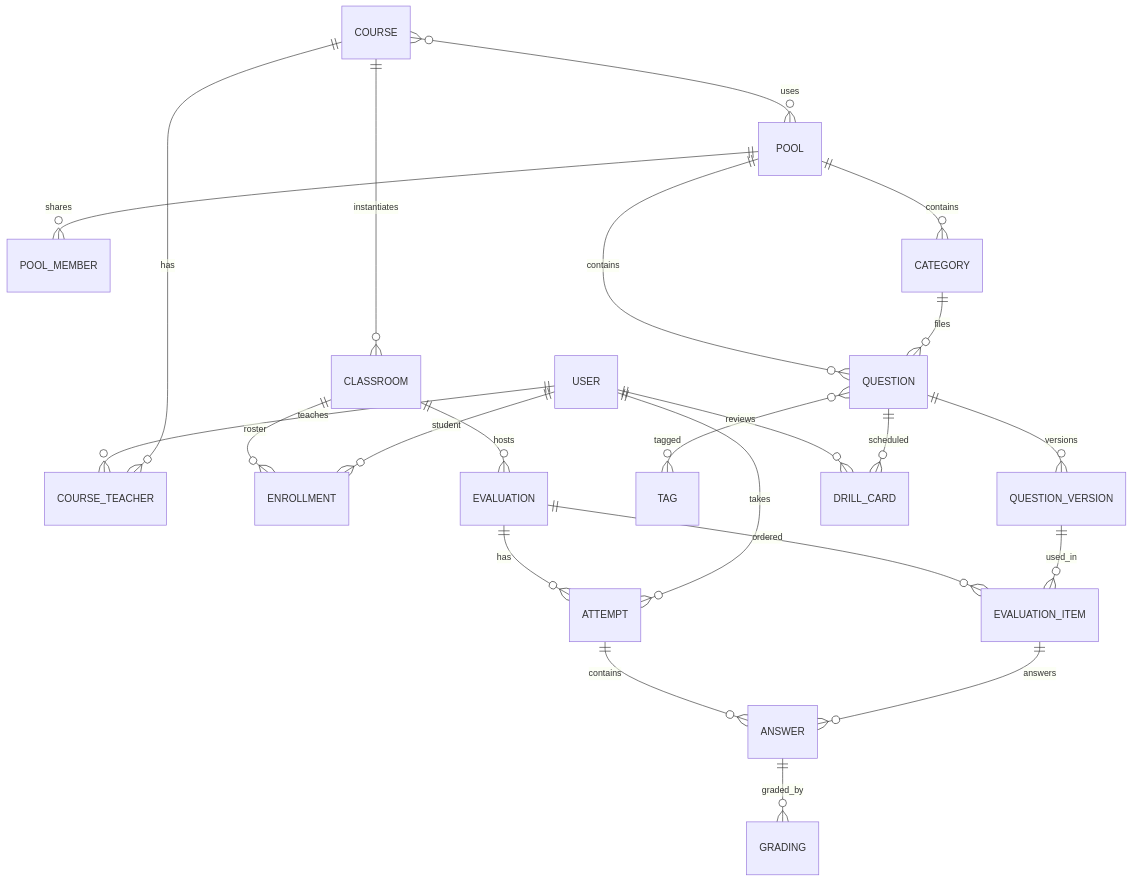
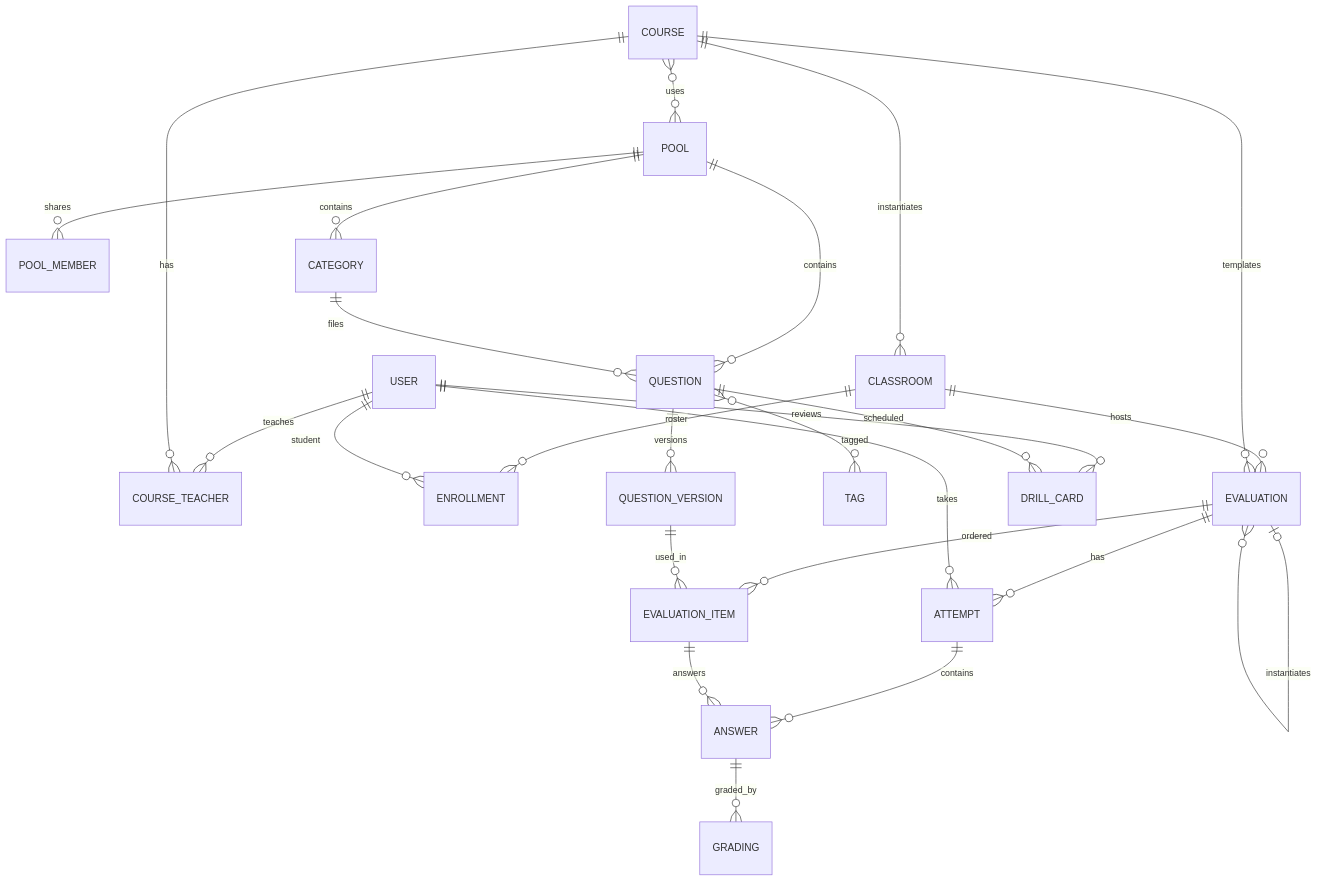
The diagram in docs/spec/01-glossaire-et-domaine.md (heig-tin-info/heig-quiz), drawn with Mermaid before and after one commit. The commit also changed other lines of this file and 4 other files, not shown here.

First line of the commit message:
docs(adr): ADR-031 evaluation templates at course level (#151) (#185)

````diff
--- a/docs/spec/01-glossaire-et-domaine.md
+++ b/docs/spec/01-glossaire-et-domaine.md
@@ -54,25 +55,27 @@
 ```mermaid
 erDiagram
     USER ||--o{ COURSE_TEACHER : teaches
     COURSE ||--o{ COURSE_TEACHER : has
     COURSE ||--o{ CLASSROOM : instantiates
     COURSE }o--o{ POOL : uses
     CLASSROOM ||--o{ ENROLLMENT : roster
     USER ||--o{ ENROLLMENT : student
     POOL ||--o{ POOL_MEMBER : shares
     POOL ||--o{ CATEGORY : contains
     POOL ||--o{ QUESTION : contains
     CATEGORY ||--o{ QUESTION : files
     QUESTION ||--o{ QUESTION_VERSION : versions
     QUESTION }o--o{ TAG : tagged
     CLASSROOM ||--o{ EVALUATION : hosts
+    COURSE ||--o{ EVALUATION : templates
+    EVALUATION |o--o{ EVALUATION : instantiates
     EVALUATION ||--o{ EVALUATION_ITEM : ordered
     QUESTION_VERSION ||--o{ EVALUATION_ITEM : used_in
     EVALUATION ||--o{ ATTEMPT : has
     USER ||--o{ ATTEMPT : takes
     ATTEMPT ||--o{ ANSWER : contains
     EVALUATION_ITEM ||--o{ ANSWER : answers
     ANSWER ||--o{ GRADING : graded_by
     USER ||--o{ DRILL_CARD : reviews
     QUESTION ||--o{ DRILL_CARD : scheduled
 ```
````
